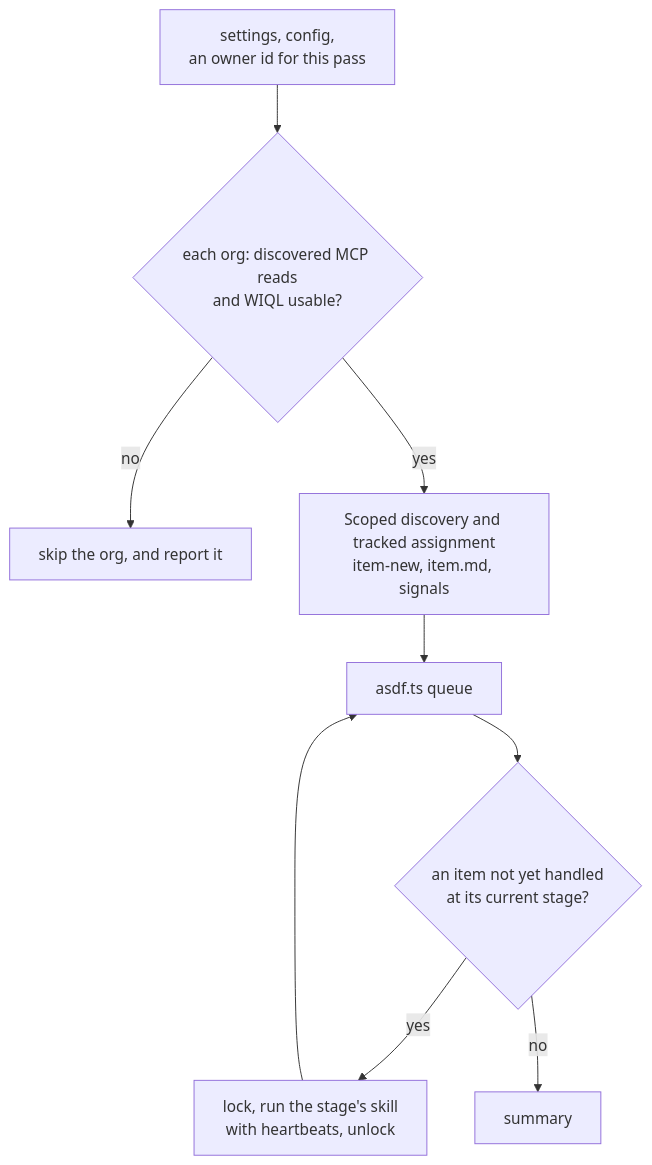
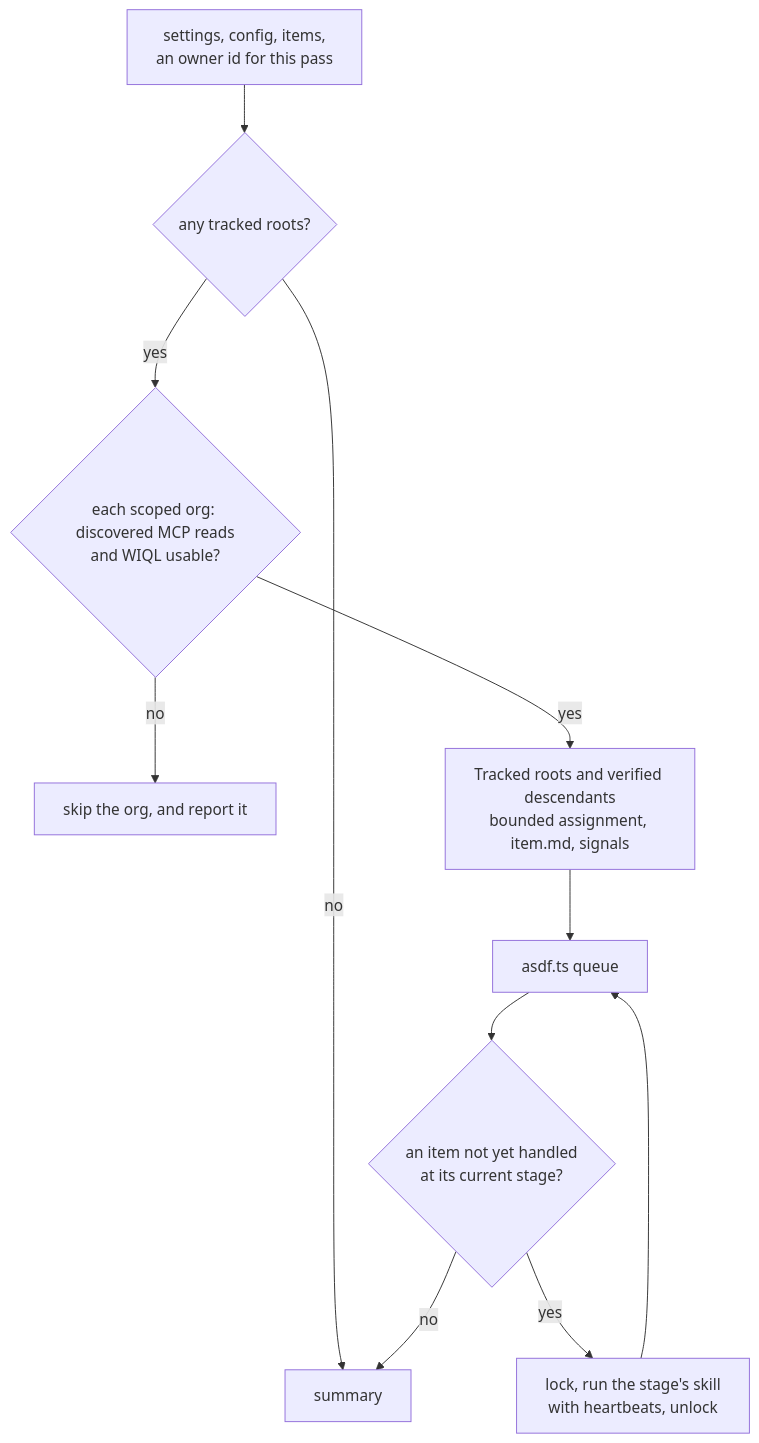
The fourth of 4 diagrams in ARCHITECTURE.md (donethree/ASDF), drawn with Mermaid before and after one commit. The commit also changed other lines of this file and 49 other files, not shown here.

````diff
--- a/ARCHITECTURE.md
+++ b/ARCHITECTURE.md
@@ -365,11 +371,13 @@
 ```mermaid
 flowchart TD
-    check["settings, config,<br>an owner id for this pass"] --> orgs{"each org: discovered MCP reads<br>and WIQL usable?"}
+    check["settings, config, items,<br>an owner id for this pass"] --> roots{"any tracked roots?"}
+    roots -->|no| summary["summary"]
+    roots -->|yes| orgs{"each scoped org: discovered MCP reads<br>and WIQL usable?"}
     orgs -->|no| skip["skip the org, and report it"]
-    orgs -->|yes| sync["Scoped discovery and tracked assignment<br>item-new, item.md, signals"]
+    orgs -->|yes| sync["Tracked roots and verified descendants<br>bounded assignment, item.md, signals"]
     sync --> queue["asdf.ts queue"]
     queue --> next{"an item not yet handled<br>at its current stage?"}
     next -->|yes| work["lock, run the stage's skill<br>with heartbeats, unlock"]
     work --> queue
-    next -->|no| summary["summary"]
+    next -->|no| summary
 ```
````
